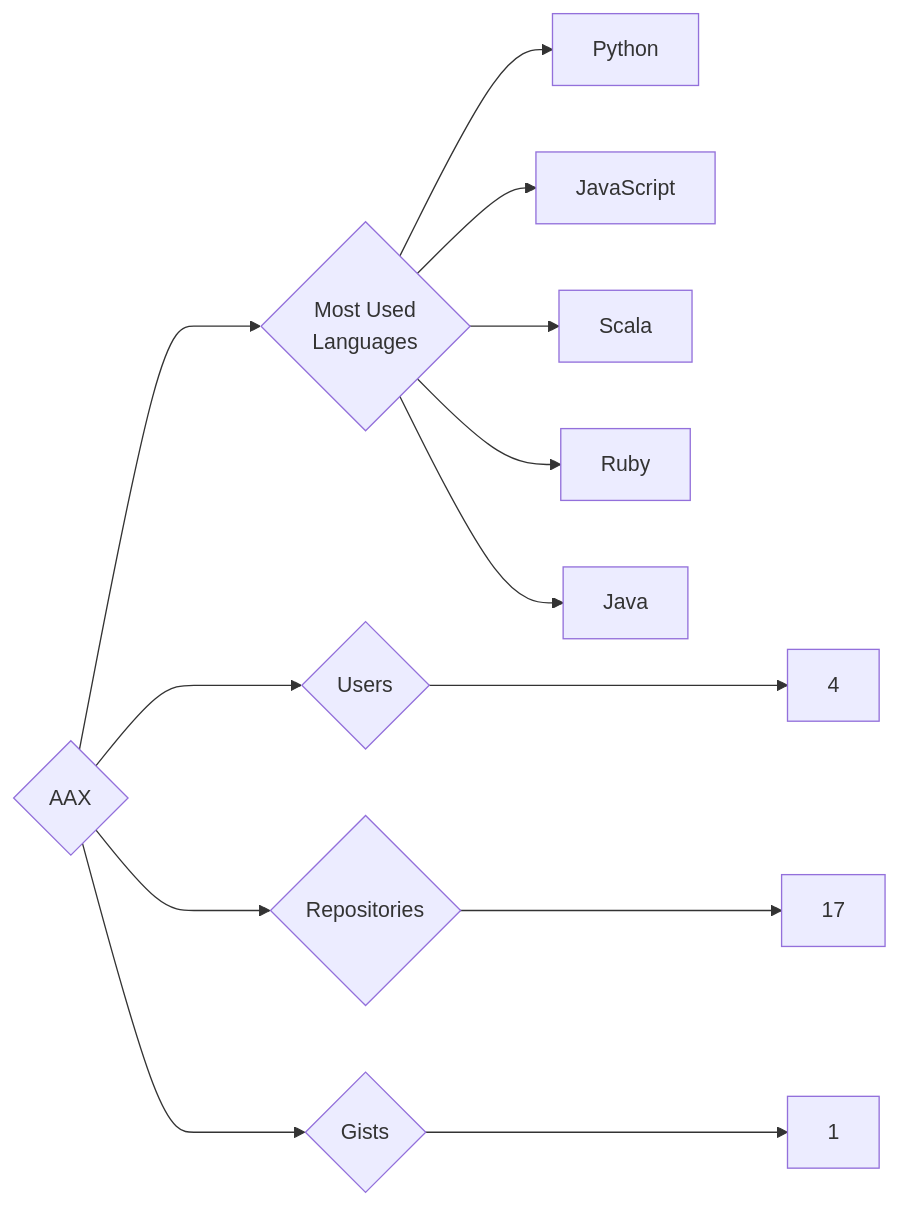
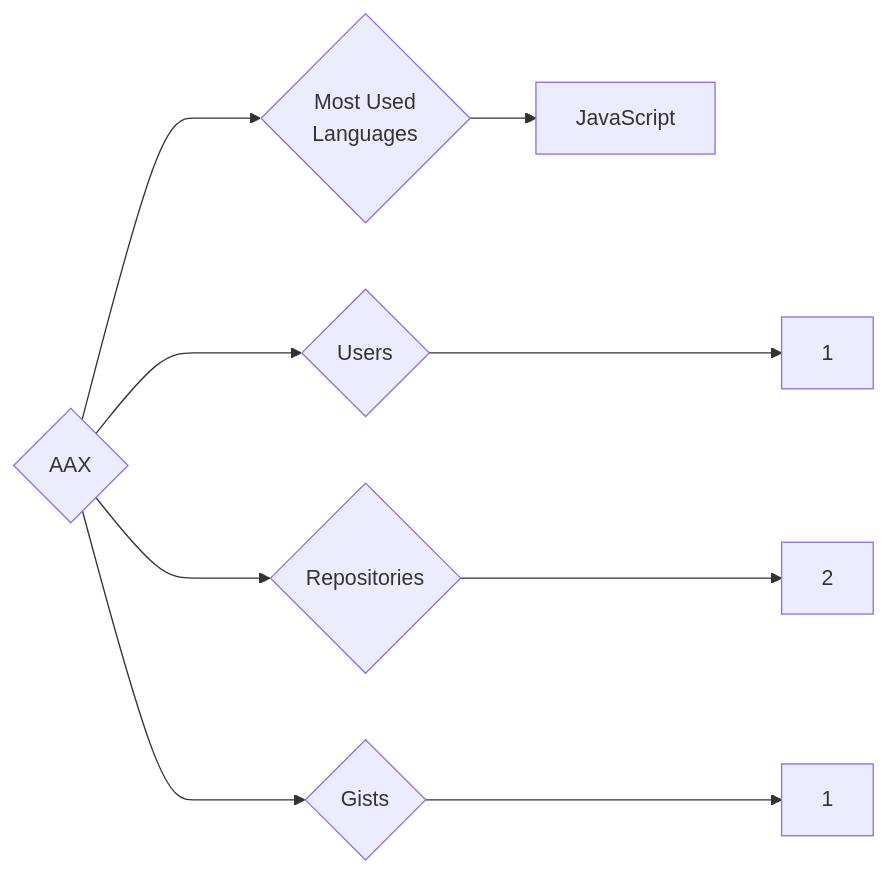
Before and after one commit to trickest/insiders: the diagram in targets/AAX/README.md, drawn with Mermaid. The commit also changed 1084 other files, not shown here.

````diff
--- a/targets/AAX/README.md
+++ b/targets/AAX/README.md
@@ -3,13 +3,9 @@
 ```mermaid
 graph LR
 COMPANY_NAME{AAX}
-COMPANY_NAME ---> U{Users} ---> UN[4]
-COMPANY_NAME ---> R{Repositories} ---> RN[17]
+COMPANY_NAME ---> U{Users} ---> UN[1]
+COMPANY_NAME ---> R{Repositories} ---> RN[2]
 COMPANY_NAME ---> G{Gists} ---> GN[1]
 COMPANY_NAME ---> ML{Most Used<br>Languages}
-ML --> Python[Python]
 ML --> JavaScript[JavaScript]
-ML --> Scala[Scala]
-ML --> Ruby[Ruby]
-ML --> Java[Java]
 ```
````
